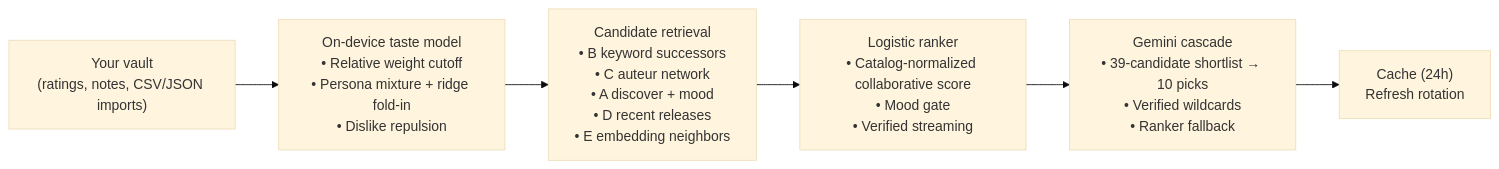
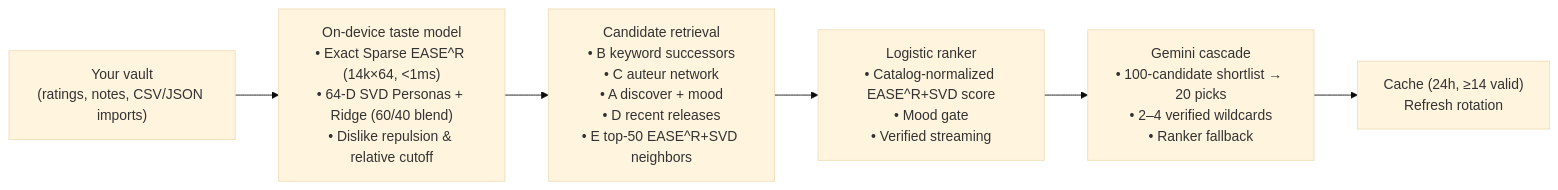
The diagram in README.md (khuzaima175/React-Movie-Original), drawn with Mermaid (base theme) before and after one commit. The commit also changed other lines of this file and 41 other files, not shown here.

Commit message:
feat(ml,oracle,docs): ship v6.0 Exact Sparse EASE^R + SVD engine, 100->20 curation, 2-col Oracle UI, and MODEL_REFINEMENT_LOG

````diff
--- a/README.md
+++ b/README.md
@@ -209,8 +209,8 @@
 ```mermaid
 flowchart LR
-    A["Your vault\n(ratings, notes, CSV/JSON imports)"] --> B["On-device taste model\n• Relative weight cutoff\n• Persona mixture + ridge fold-in\n• Dislike repulsion"]
-    B --> C["Candidate retrieval\n• B keyword successors\n• C auteur network\n• A discover + mood\n• D recent releases\n• E embedding neighbors"]
-    C --> D["Logistic ranker\n• Catalog-normalized collaborative score\n• Mood gate\n• Verified streaming"]
-    D --> E["Gemini cascade\n• 39-candidate shortlist → 10 picks\n• Verified wildcards\n• Ranker fallback"]
-    E --> F["Cache (24h)\nRefresh rotation"]
+    A["Your vault\n(ratings, notes, CSV/JSON imports)"] --> B["On-device taste model\n• Exact Sparse EASE^R (14k×64, <1ms)\n• 64-D SVD Personas + Ridge (60/40 blend)\n• Dislike repulsion & relative cutoff"]
+    B --> C["Candidate retrieval\n• B keyword successors\n• C auteur network\n• A discover + mood\n• D recent releases\n• E top-50 EASE^R+SVD neighbors"]
+    C --> D["Logistic ranker\n• Catalog-normalized EASE^R+SVD score\n• Mood gate\n• Verified streaming"]
+    D --> E["Gemini cascade\n• 100-candidate shortlist → 20 picks\n• 2–4 verified wildcards\n• Ranker fallback"]
+    E --> F["Cache (24h, ≥14 valid)\nRefresh rotation"]
 ```
````
